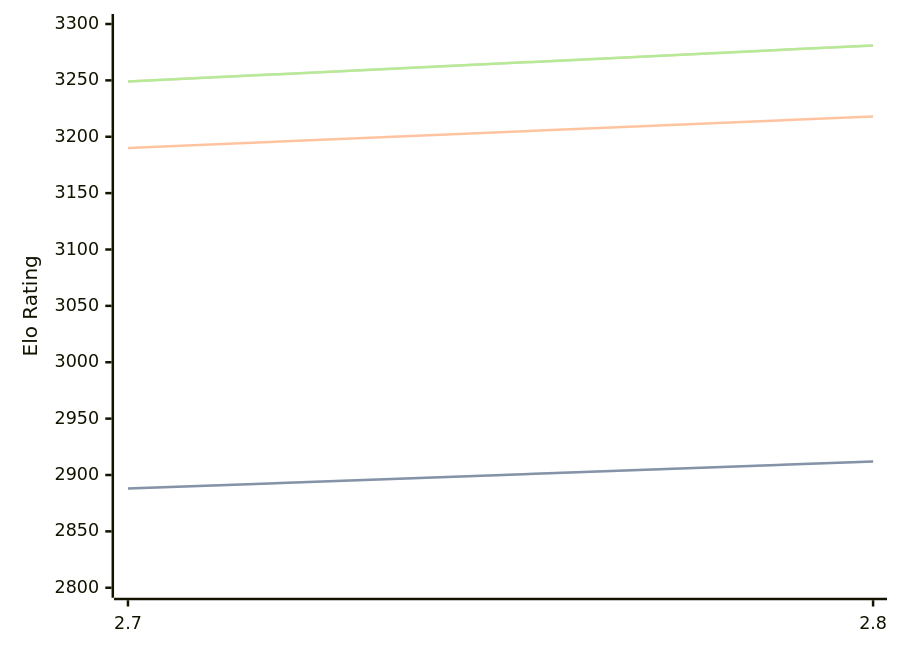
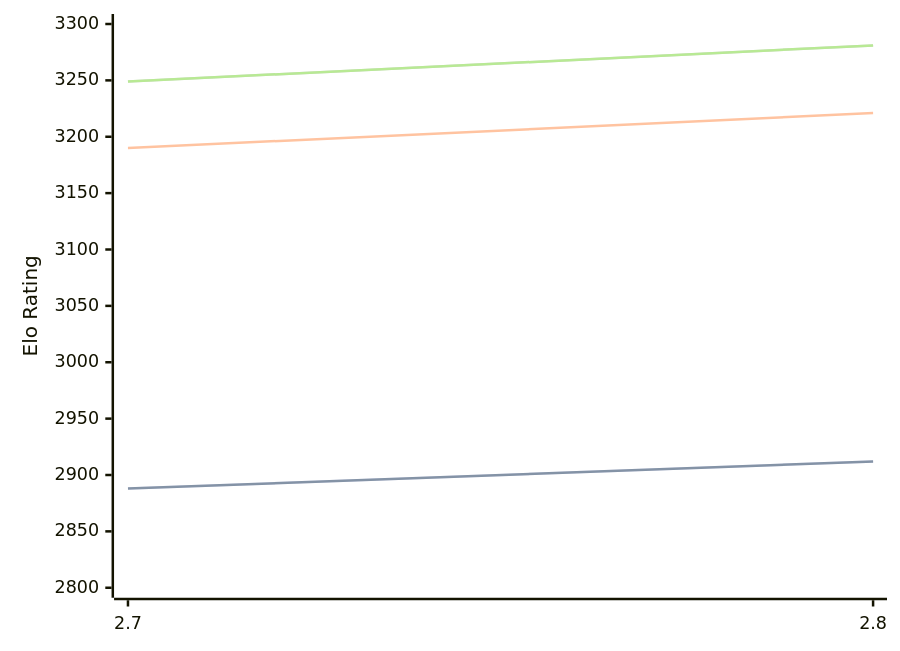
The first of 3 diagrams in engines/Arcanum.md (computer-chess-index/cci), drawn with Mermaid before and after one commit. The commit also changed other lines of this file, not shown here.

````diff
--- a/engines/Arcanum.md
+++ b/engines/Arcanum.md
@@ -44,11 +44,11 @@
 ```mermaid
 %%{init: {"theme":"base","themeVariables":{"seriesColors:['#a3a3a3','#222221','#faa371']}}}%%
 xychart-beta
   x-axis ["2.7", "2.8"]
   y-axis "Elo Rating" 2800 --> 3300
   line "STC (8.0+0.08s)" [2888, 2912]
   line "STC (8.0+0.08s)" [2888, 2912]
-  line "LTC (60.0+0.60s)" [3190, 3218]
+  line "LTC (60.0+0.60s)" [3190, 3221]
   line "VLTC (2m24s+1.12s)" [3249, 3281]
   line "VLTC (2m24s+1.12s)" [3249, 3281]
 ```
````
